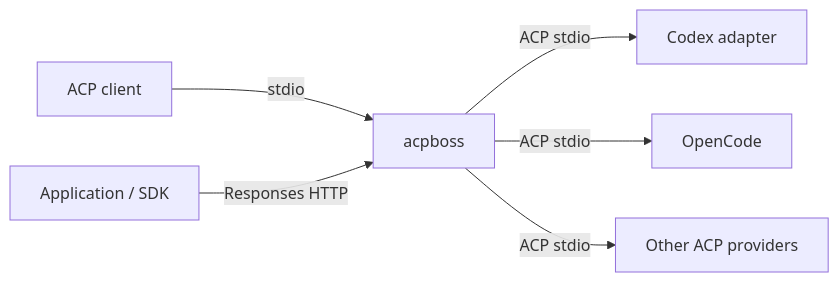
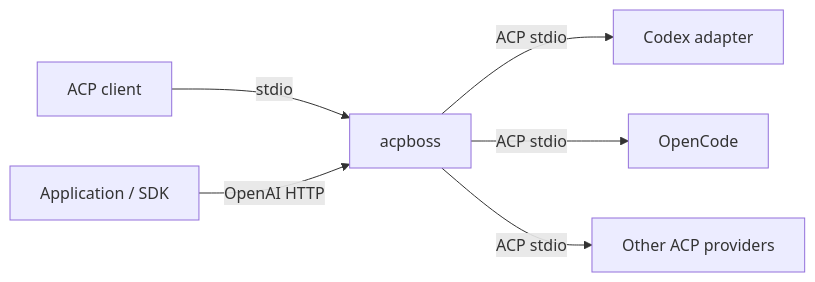
Before and after one commit to baldaworks/acpboss: the diagram in README.md, drawn with Mermaid. The commit also changed other lines of this file and 20 other files, not shown here.

Commit message:
feat(http): add OpenAI chat completions

````diff
--- a/README.md
+++ b/README.md
@@ -30,8 +30,8 @@
 ```mermaid
 flowchart LR
     client[ACP client] -->|stdio| boss[acpboss]
-    app[Application / SDK] -->|Responses HTTP| boss
+    app[Application / SDK] -->|OpenAI HTTP| boss
     boss -->|ACP stdio| codex[Codex adapter]
     boss -->|ACP stdio| opencode[OpenCode]
     boss -->|ACP stdio| other[Other ACP providers]
 ```
````
